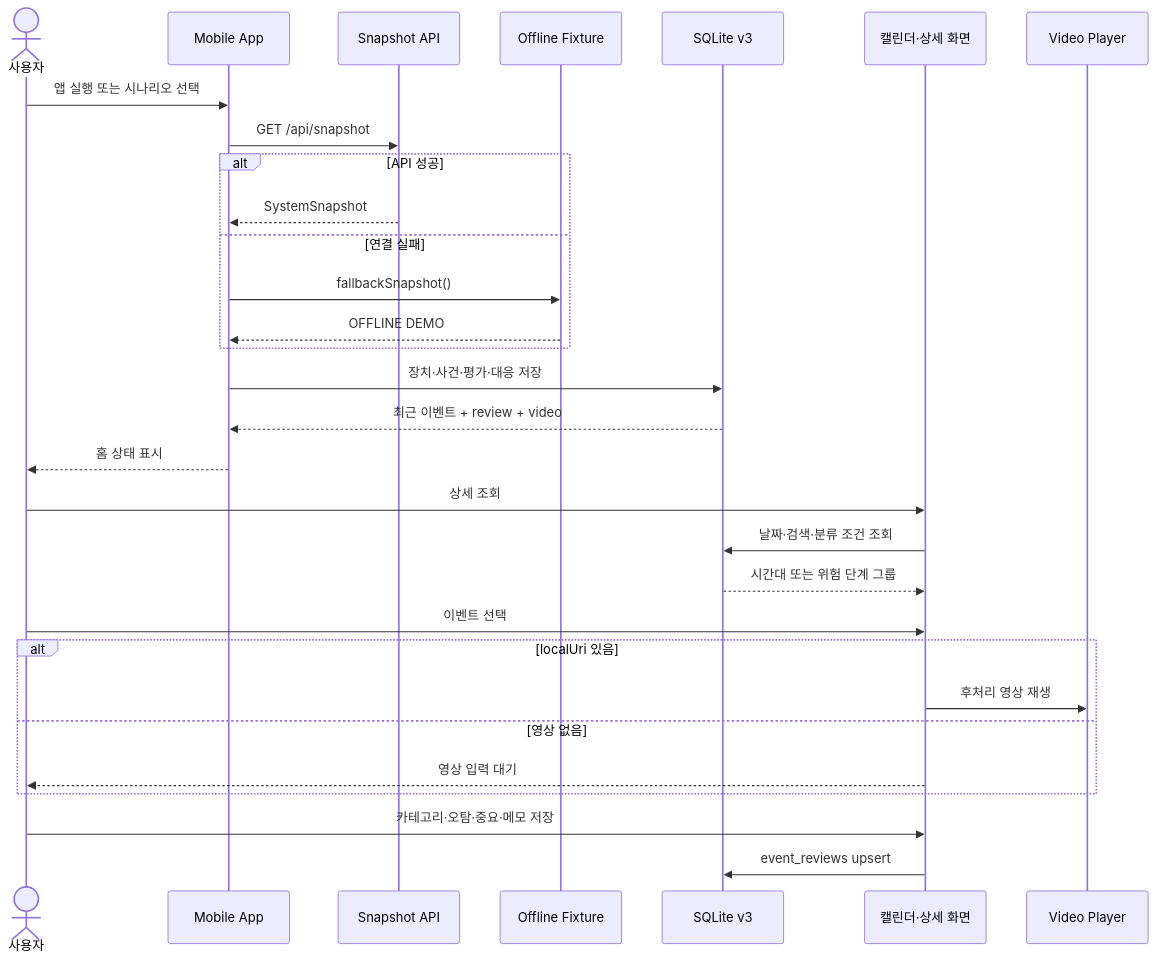
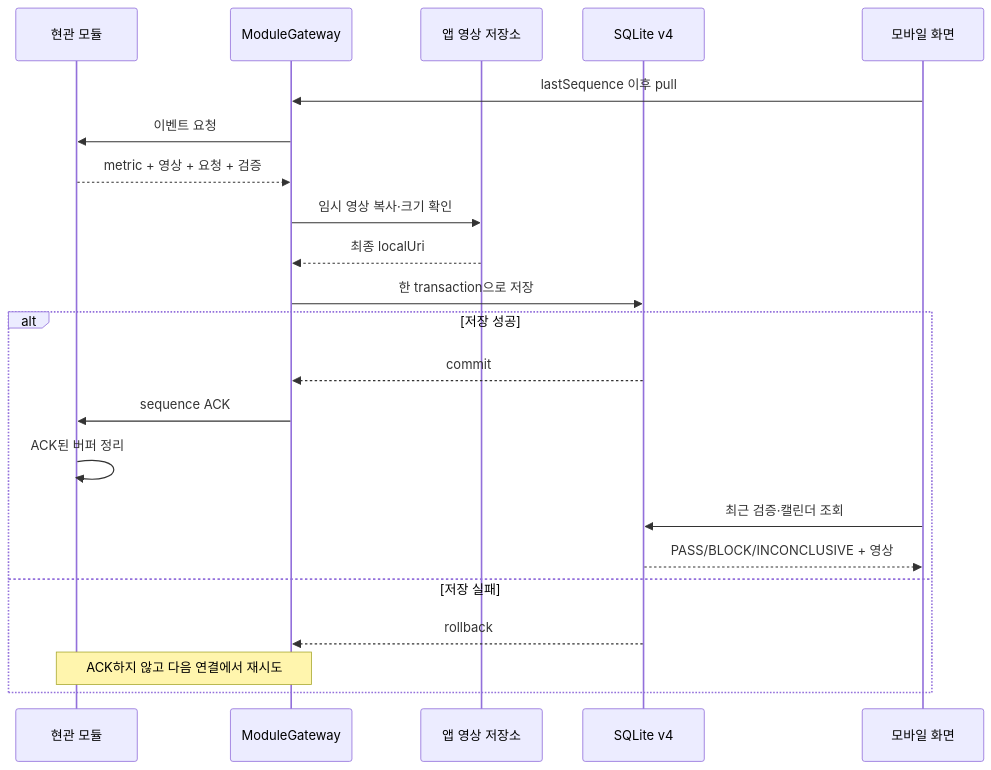
The diagram in docs/Diagram/06-snapshot-sequence.md (Uree1229/Risk-ZERO), drawn with Mermaid before and after one commit. The commit also changed other lines of this file and 75 other files, not shown here.

````diff
--- a/docs/Diagram/06-snapshot-sequence.md
+++ b/docs/Diagram/06-snapshot-sequence.md
@@ -9,38 +5,25 @@
 ```mermaid
 sequenceDiagram
-    actor User as 사용자
-    participant App as Mobile App
-    participant API as Snapshot API
-    participant FX as Offline Fixture
-    participant DB as SQLite v3
-    participant View as 캘린더·상세 화면
-    participant Video as Video Player
+    participant Edge as 현관 모듈
+    participant Gateway as ModuleGateway
+    participant File as 앱 영상 저장소
+    participant DB as SQLite v4
+    participant UI as 모바일 화면
 
-    User->>App: 앱 실행 또는 시나리오 선택
-    App->>API: GET /api/snapshot
-
-    alt API 성공
-        API-->>App: SystemSnapshot
-    else 연결 실패
-        App->>FX: fallbackSnapshot()
-        FX-->>App: OFFLINE DEMO
+    UI->>Gateway: lastSequence 이후 pull
+    Gateway->>Edge: 이벤트 요청
+    Edge-->>Gateway: metric + 영상 + 요청 + 검증
+    Gateway->>File: 임시 영상 복사·크기 확인
+    File-->>Gateway: 최종 localUri
+    Gateway->>DB: 한 transaction으로 저장
+    alt 저장 성공
+        DB-->>Gateway: commit
+        Gateway->>Edge: sequence ACK
+        Edge->>Edge: ACK된 버퍼 정리
+        UI->>DB: 최근 검증·캘린더 조회
+        DB-->>UI: PASS/BLOCK/INCONCLUSIVE + 영상
+    else 저장 실패
+        DB-->>Gateway: rollback
+        Note over Gateway,Edge: ACK하지 않고 다음 연결에서 재시도
     end
-
-    App->>DB: 장치·사건·평가·대응 저장
-    DB-->>App: 최근 이벤트 + review + video
-    App-->>User: 홈 상태 표시
-
-    User->>View: 상세 조회
-    View->>DB: 날짜·검색·분류 조건 조회
-    DB-->>View: 시간대 또는 위험 단계 그룹
-    User->>View: 이벤트 선택
-
-    alt localUri 있음
-        View->>Video: 후처리 영상 재생
-    else 영상 없음
-        View-->>User: 영상 입력 대기
-    end
-
-    User->>View: 카테고리·오탐·중요·메모 저장
-    View->>DB: event_reviews upsert
 ```
````
